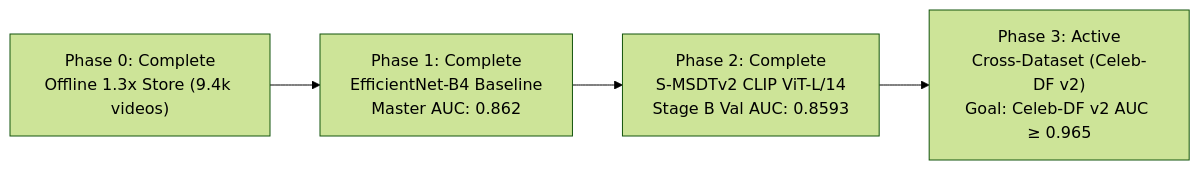
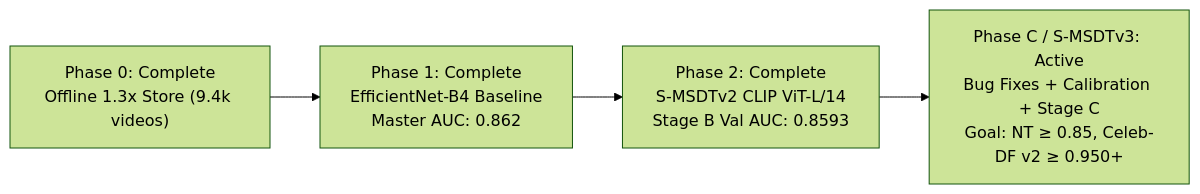
One commit to sharadpolackalsunil/DeepFake changed the diagram in README.md. Above: the diagram before and after it, drawn with Mermaid (forest theme). The commit also changed other lines of this file and 2 other files, not shown here.

Commit message:
feat: add cross-evaluation script and phase 3 test suite with updated documentation and data sampling logic

````diff
--- a/README.md
+++ b/README.md
@@ -55,6 +57,6 @@
 ```mermaid
 graph LR
     P0["Phase 0: Complete<br/>Offline 1.3x Store (9.4k videos)"] --> P1["Phase 1: Complete<br/>EfficientNet-B4 Baseline<br/>Master AUC: 0.862"]
     P1 --> P2["Phase 2: Complete<br/>S-MSDTv2 CLIP ViT-L/14<br/>Stage B Val AUC: 0.8593"]
-    P2 --> P3["Phase 3: Active<br/>Cross-Dataset (Celeb-DF v2)<br/>Goal: Celeb-DF v2 AUC ≥ 0.965"]
+    P2 --> P3["Phase C / S-MSDTv3: Active<br/>Bug Fixes + Calibration + Stage C<br/>Goal: NT ≥ 0.85, Celeb-DF v2 ≥ 0.950+"]
 ```
````
